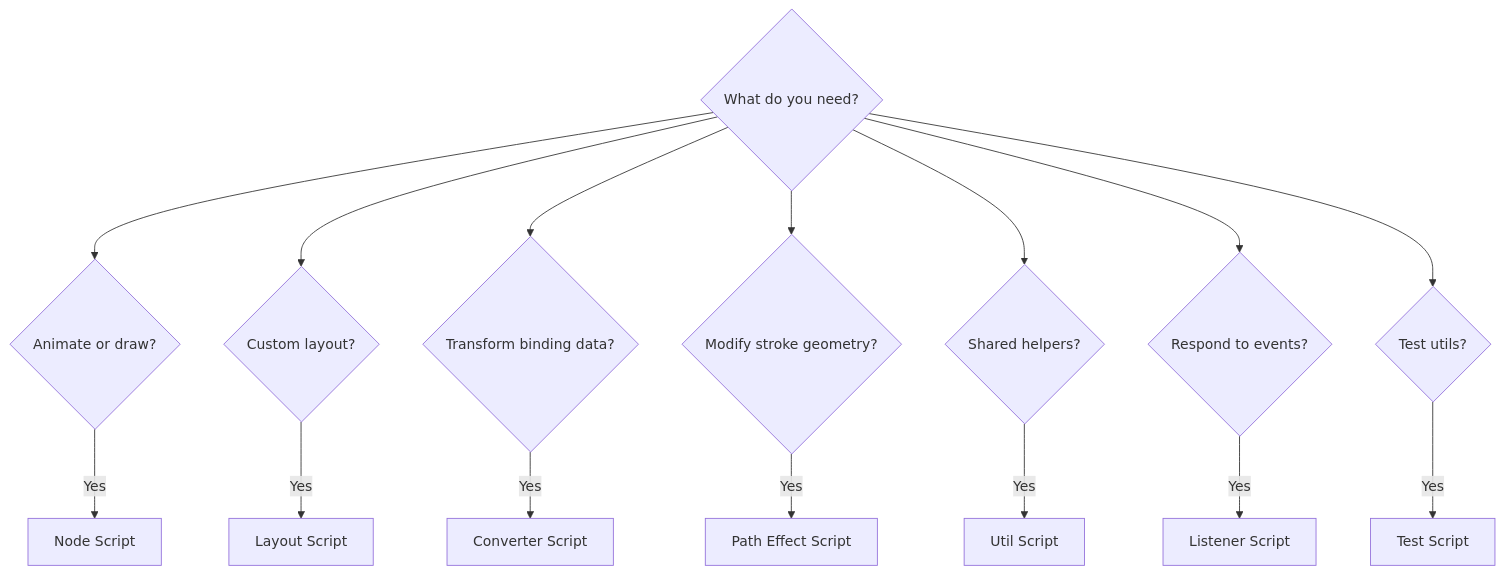
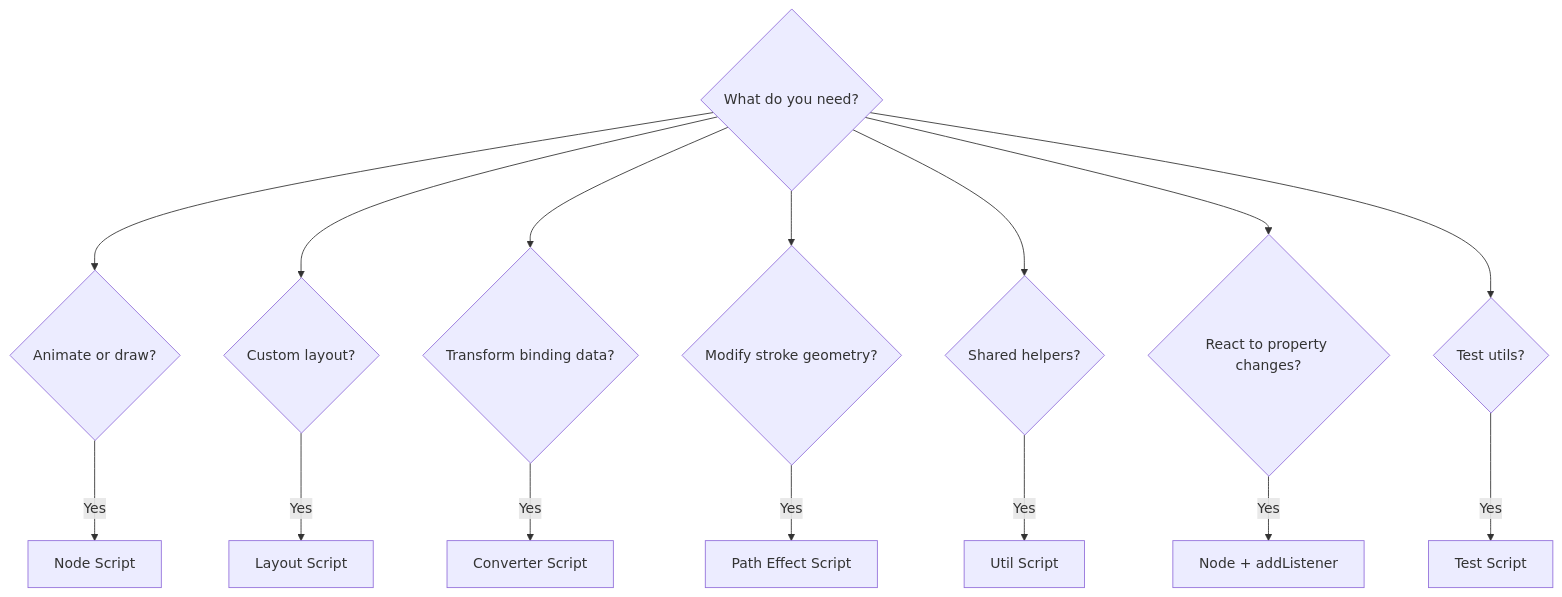
One commit to ivg-design/lerp changed the diagram in docs/rive/script-types.mdx. Above: the diagram before and after it, drawn with Mermaid. The commit also changed other lines of this file and 28 other files, not shown here.

````diff
--- a/docs/rive/script-types.mdx
+++ b/docs/rive/script-types.mdx
@@ -266,18 +278,18 @@
 ```mermaid
 flowchart TD
     A{What do you need?} --> B{Animate or draw?}
     A --> C{Custom layout?}
     A --> D{Transform binding data?}
     A --> E{Modify stroke geometry?}
     A --> F{Shared helpers?}
-    A --> G{Respond to events?}
+    A --> G{React to property changes?}
     A --> H{Test utils?}
 
     B -->|Yes| B1[Node Script]
     C -->|Yes| C1[Layout Script]
     D -->|Yes| D1[Converter Script]
     E -->|Yes| E1[Path Effect Script]
     F -->|Yes| F1[Util Script]
-    G -->|Yes| G1[Listener Script]
+    G -->|Yes| G1[Node + addListener]
     H -->|Yes| H1[Test Script]
 ```
````
